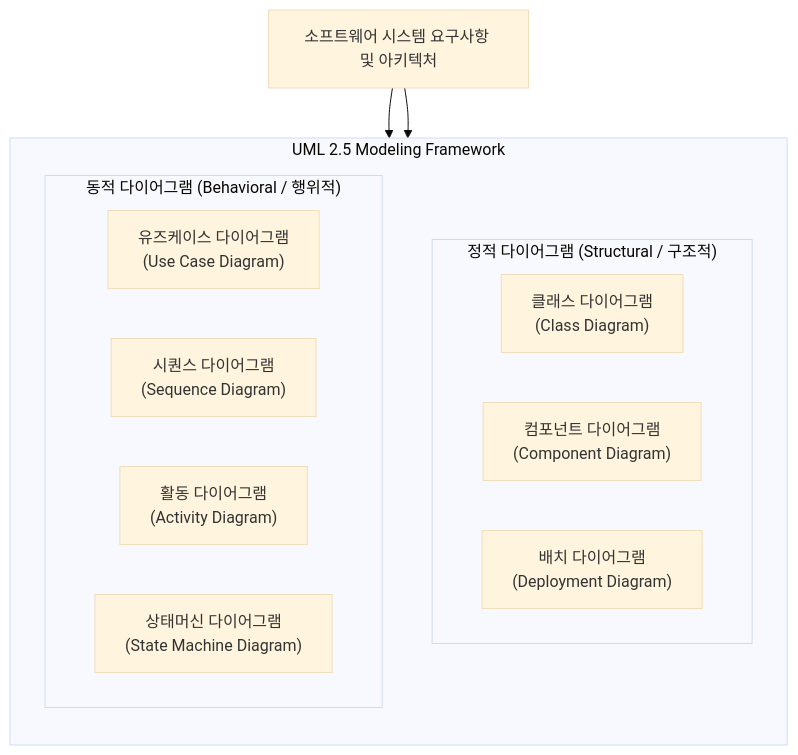
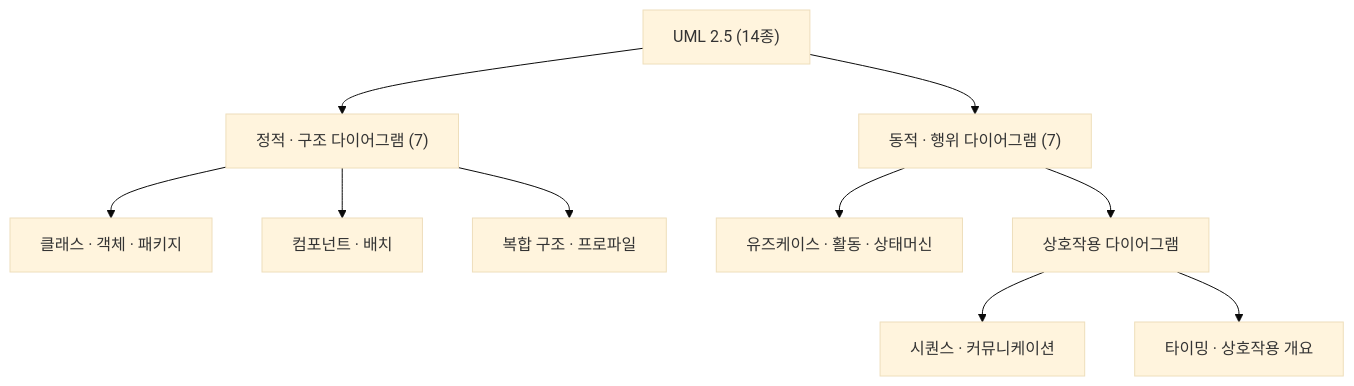
Before and after one commit to supremethumb/supremethumb.github.io: the diagram in content/01_IT Tech/UML.md, drawn with Mermaid (base theme). The commit also changed other lines of this file and 1087 other files, not shown here.

````diff
--- a/content/01_IT Tech/UML.md
+++ b/content/01_IT Tech/UML.md
@@ -23,25 +36,12 @@
 ```mermaid
 flowchart TB
-    subgraph UML["UML 2.5 Modeling Framework"]
-        direction TB
-        
-        subgraph Static["정적 다이어그램 (Structural / 구조적)"]
-            direction LR
-            CD["클래스 다이어그램<br/>(Class Diagram)"] 
-            CMP["컴포넌트 다이어그램<br/>(Component Diagram)"]
-            DP["배치 다이어그램<br/>(Deployment Diagram)"]
-        end
-
-        subgraph Dynamic["동적 다이어그램 (Behavioral / 행위적)"]
-            direction LR
-            UC["유즈케이스 다이어그램<br/>(Use Case Diagram)"]
-            SEQ["시퀀스 다이어그램<br/>(Sequence Diagram)"]
-            ACT["활동 다이어그램<br/>(Activity Diagram)"]
-            STATE["상태머신 다이어그램<br/>(State Machine Diagram)"]
-        end
-    end
-
-    SYS["소프트웨어 시스템 요구사항 및 아키텍처"] --> Static
-    SYS --> Dynamic
-
+    UML["UML 2.5 (14종)"] --> S["정적 · 구조 다이어그램 (7)"]
+    UML --> B["동적 · 행위 다이어그램 (7)"]
+    S --> S1["클래스 · 객체 · 패키지"]
+    S --> S2["컴포넌트 · 배치"]
+    S --> S3["복합 구조 · 프로파일"]
+    B --> B1["유즈케이스 · 활동 · 상태머신"]
+    B --> I["상호작용 다이어그램"]
+    I --> I1["시퀀스 · 커뮤니케이션"]
+    I --> I2["타이밍 · 상호작용 개요"]
 ```
````
